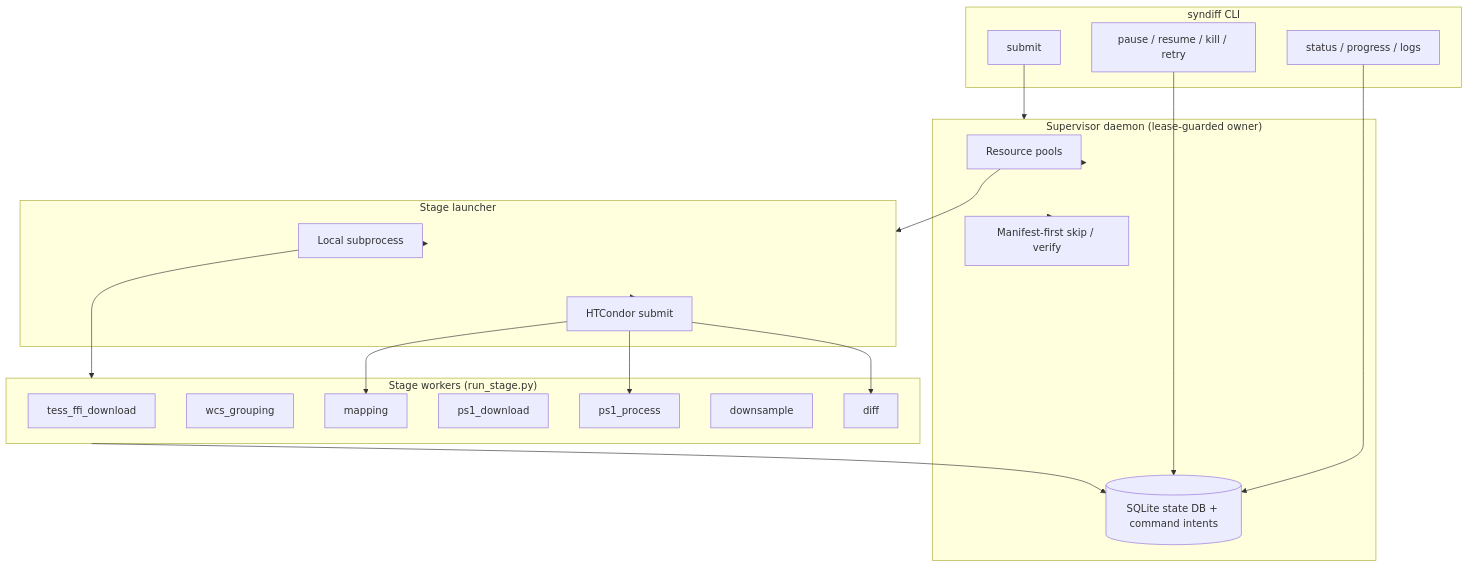
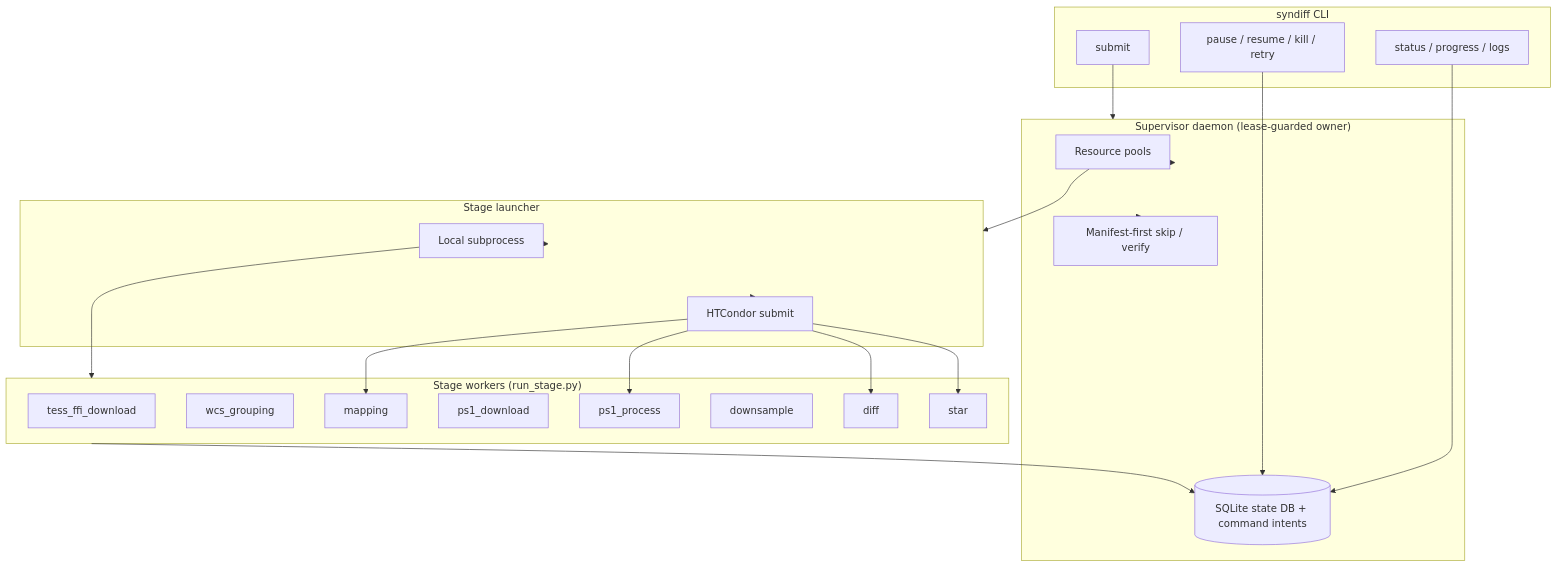
One commit to zoutei/TSST_syndiff_pipeline changed the diagram in docs/markdown/template_pipeline.md. Above: the diagram before and after it, drawn with Mermaid. The commit also changed other lines of this file and 18 other files, not shown here.

````diff
--- a/docs/markdown/template_pipeline.md
+++ b/docs/markdown/template_pipeline.md
@@ -114,43 +128,45 @@
 ```mermaid
 flowchart TB
     subgraph CLI["syndiff CLI"]
         submit[submit]
         monitor[status / progress / logs]
         control[pause / resume / kill / retry]
     end
 
     subgraph Daemon["Supervisor daemon (lease-guarded owner)"]
         pools[Resource pools]
         sqlite[(SQLite state DB + command intents)]
         skip[Manifest-first skip / verify]
     end
 
     subgraph Launch["Stage launcher"]
         local[Local subprocess]
         condor[HTCondor submit]
     end
 
     subgraph Stages["Stage workers (run_stage.py)"]
         s1[tess_ffi_download]
         s2[wcs_grouping]
         s3[mapping]
         s4[ps1_download]
         s5[ps1_process]
         s6[downsample]
         s7[diff]
+        s8[star]
     end
 
     submit --> Daemon
     monitor --> sqlite
     control --> sqlite
     Daemon --> pools
     Daemon --> skip
     pools --> Launch
     Launch --> local
     Launch --> condor
     local --> Stages
     condor --> s3
     condor --> s5
     condor --> s7
+    condor --> s8
     Stages --> sqlite
 ```
````
